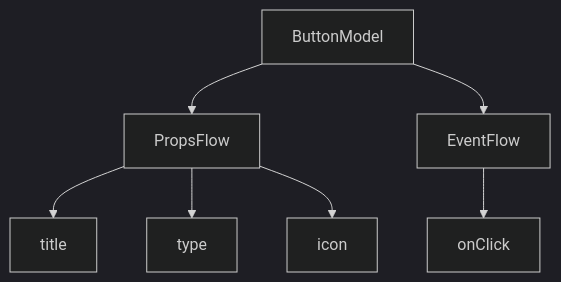
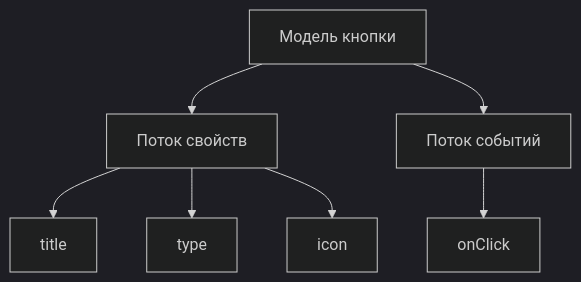
Before and after one commit to easampl/nocobase-docs-ru: the second of 2 diagrams in flow-engine/quickstart.md, drawn with Mermaid (dark theme). The commit also changed other lines of this file and 31 other files, not shown here.

````diff
--- a/flow-engine/quickstart.md
+++ b/flow-engine/quickstart.md
@@ -294,10 +292,10 @@
 ```mermaid
 graph TD
-  Button[ButtonModel]
-  Button --> Props[PropsFlow]
-  Button --> Events[EventFlow]
+  Button[Модель кнопки]
+  Button --> Props[Поток свойств]
+  Button --> Events[Поток событий]
   Props --> title[title]
   Props --> type[type]
   Props --> icon[icon]
   Events --> onClick[onClick]
 ```
````
